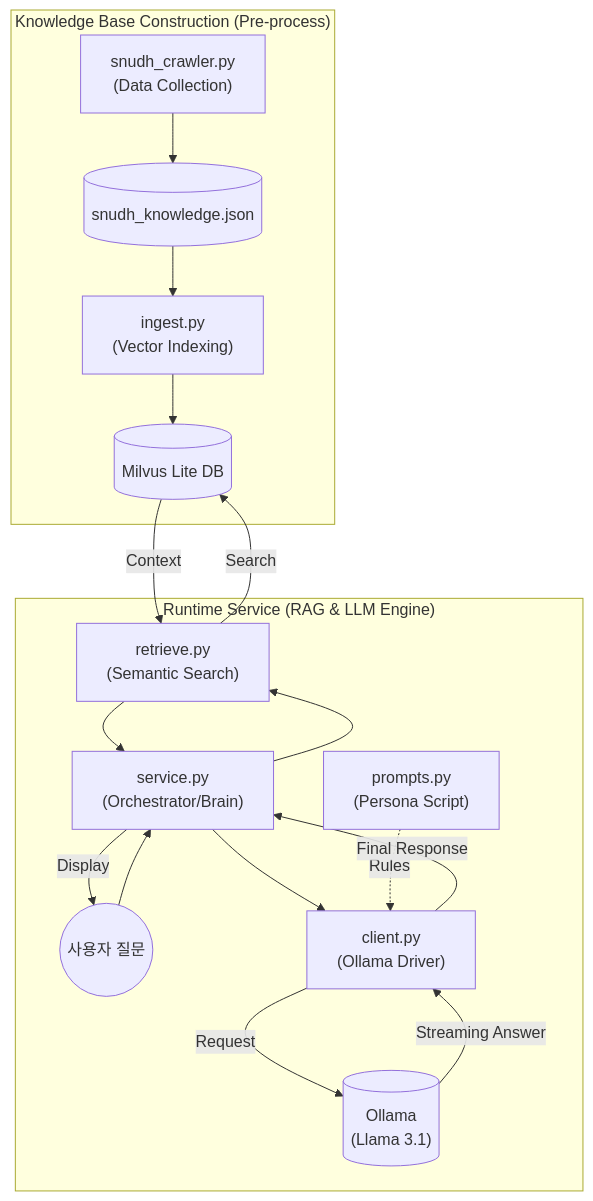
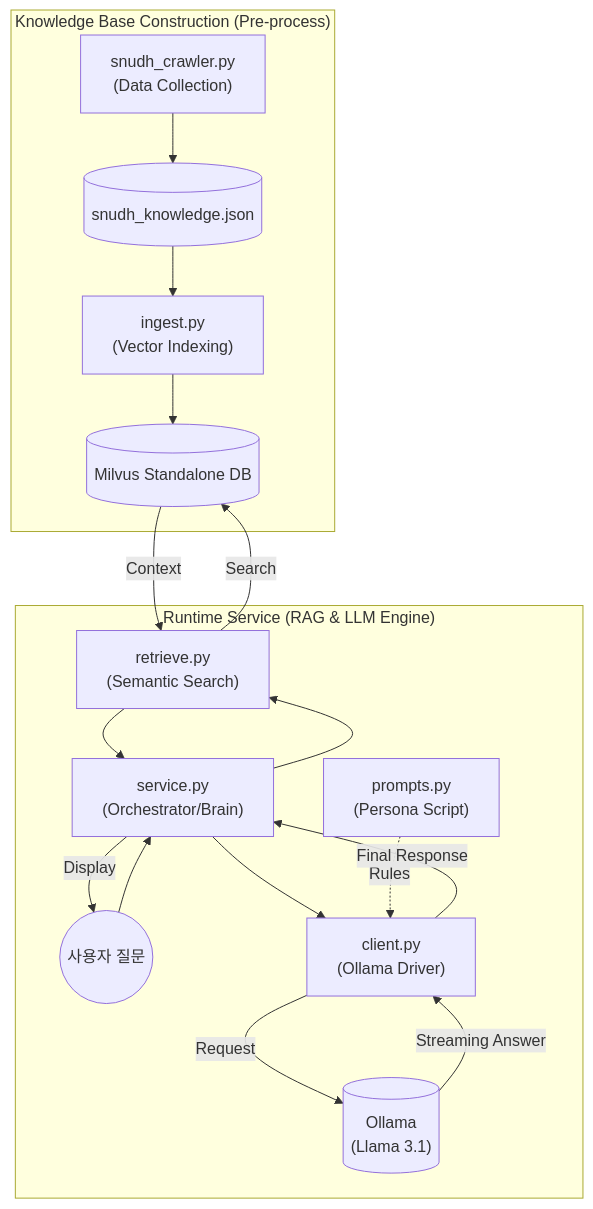
One commit to DentiCheck/ai changed the diagram in DentiCheck_AI_Knowledge_System.md. Above: the diagram before and after it, drawn with Mermaid. The commit also changed other lines of this file and 5 other files, not shown here.

Commit message:
feat: migrate Milvus Lite to Standalone and update documentation

````diff
--- a/DentiCheck_AI_Knowledge_System.md
+++ b/DentiCheck_AI_Knowledge_System.md
@@ -35,24 +35,24 @@
 ```mermaid
 graph TD
     subgraph "Knowledge Base Construction (Pre-process)"
         CRAWL["snudh_crawler.py<br/>(Data Collection)"] --> JSON[("snudh_knowledge.json")]
         JSON --> INGEST["ingest.py<br/>(Vector Indexing)"]
-        INGEST --> DB[("Milvus Lite DB")]
+        INGEST --> DB[("Milvus Standalone DB")]
     end
 
     subgraph "Runtime Service (RAG & LLM Engine)"
         USER((사용자 질문)) --> SERVICE["service.py<br/>(Orchestrator/Brain)"]
         SERVICE --> RETRIEV["retrieve.py<br/>(Semantic Search)"]
         RETRIEV -->|Search| DB
         DB -->|Context| RETRIEV
         RETRIEV --> SERVICE
         
         SERVICE --> CLIENT["client.py<br/>(Ollama Driver)"]
         PROMPT["prompts.py<br/>(Persona Script)"] -.->|Rules| CLIENT
         CLIENT -->|Request| OLLAMA[("Ollama<br/>(Llama 3.1)")]
         OLLAMA -->|Streaming Answer| CLIENT
         CLIENT -->|Final Response| SERVICE
     end
 
     SERVICE -->|Display| USER
 ```
````
